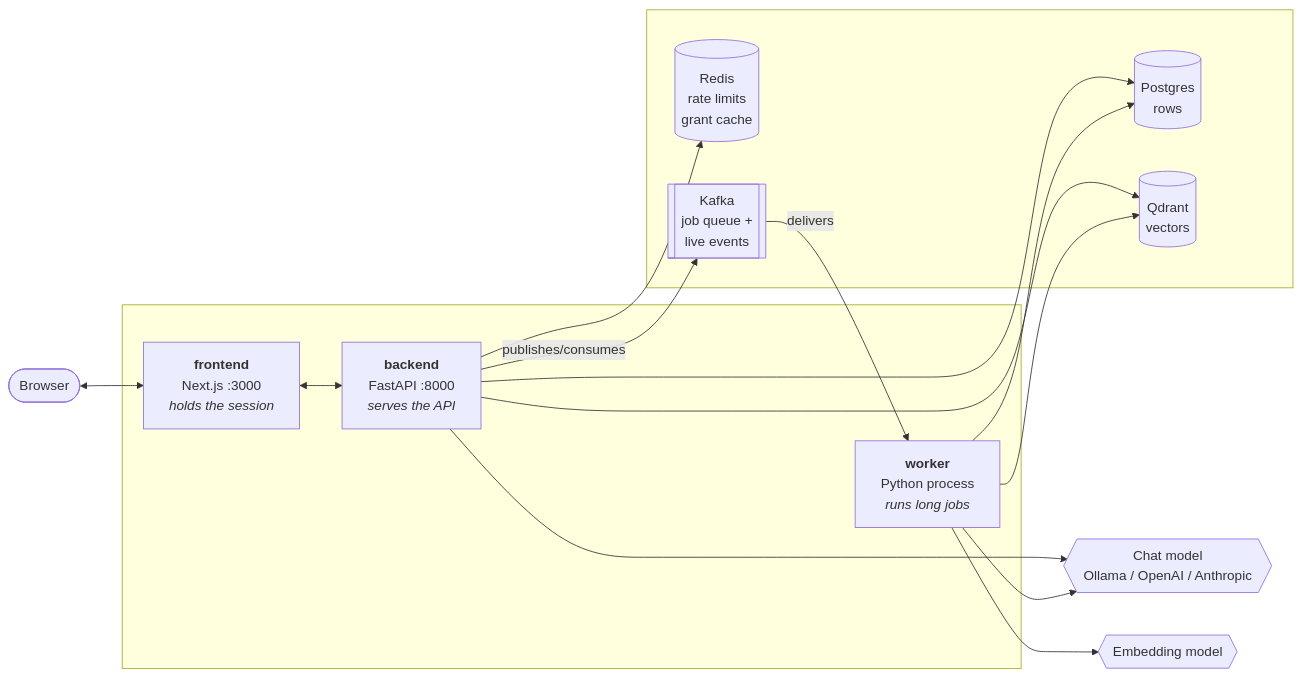
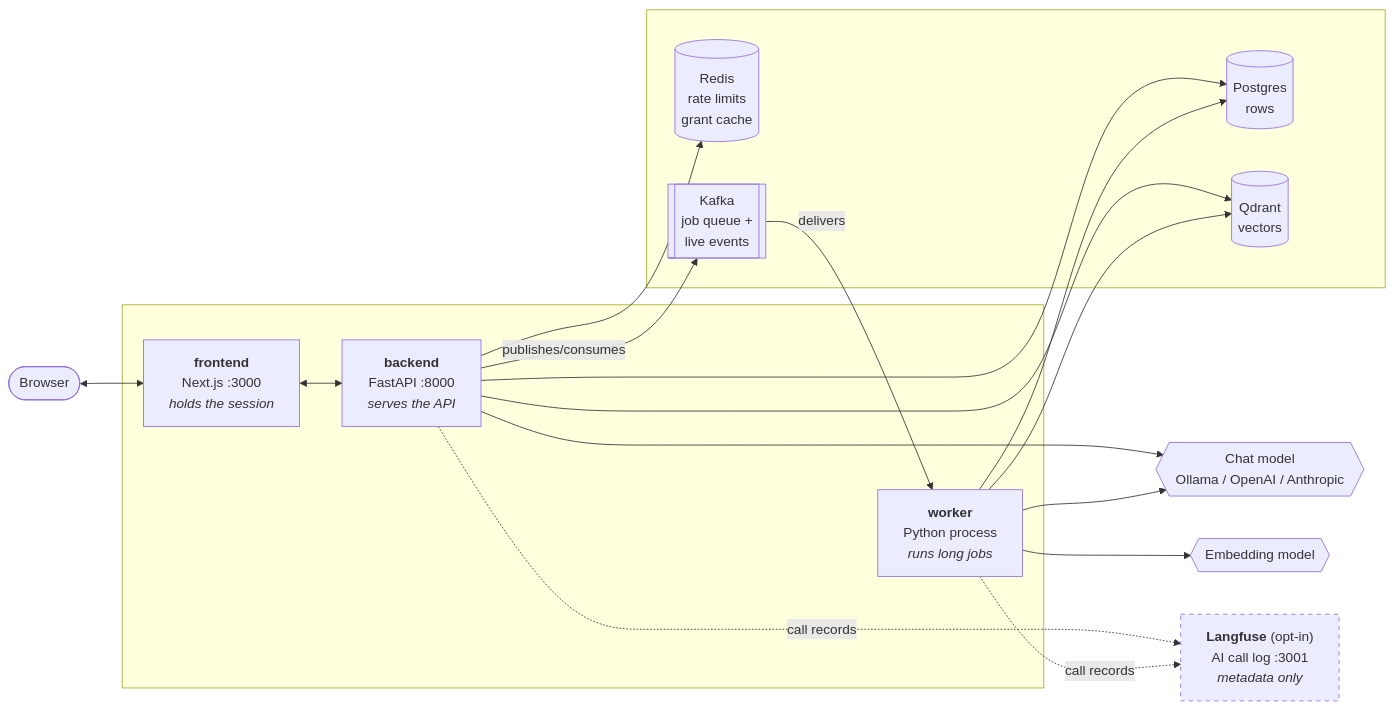
One commit to aolus-software/ask-repo changed the first of 3 diagrams in docs/architecture.md. Above: the diagram before and after it, drawn with Mermaid. The commit also changed other lines of this file and 2 other files, not shown here.

First line of the commit message:
docs: add the Langfuse call log and the eval worker to the architecture

````diff
--- a/docs/architecture.md
+++ b/docs/architecture.md
@@ -16,26 +17,31 @@
 ```mermaid
 flowchart LR
     B([Browser])
     subgraph app[" "]
       F["<b>frontend</b><br/>Next.js :3000<br/><i>holds the session</i>"]
       A["<b>backend</b><br/>FastAPI :8000<br/><i>serves the API</i>"]
       W["<b>worker</b><br/>Python process<br/><i>runs long jobs</i>"]
     end
     subgraph data[" "]
       P[("Postgres<br/>rows")]
       Q[("Qdrant<br/>vectors")]
       R[("Redis<br/>rate limits<br/>grant cache")]
       K[["Kafka<br/>job queue +<br/>live events"]]
     end
     M{{"Chat model<br/>Ollama / OpenAI / Anthropic"}}
     E{{"Embedding model"}}
+    L["<b>Langfuse</b> (opt-in)<br/>AI call log :3001<br/><i>metadata only</i>"]
 
     B <--> F
     F <--> A
     A --> P & Q & R
     A -- publishes/consumes --> K
     K -- delivers --> W
     W --> P & Q
     A --> M
     W --> M & E
+    A -. call records .-> L
+    W -. call records .-> L
+
+    style L stroke-dasharray: 5 5
 ```
````
